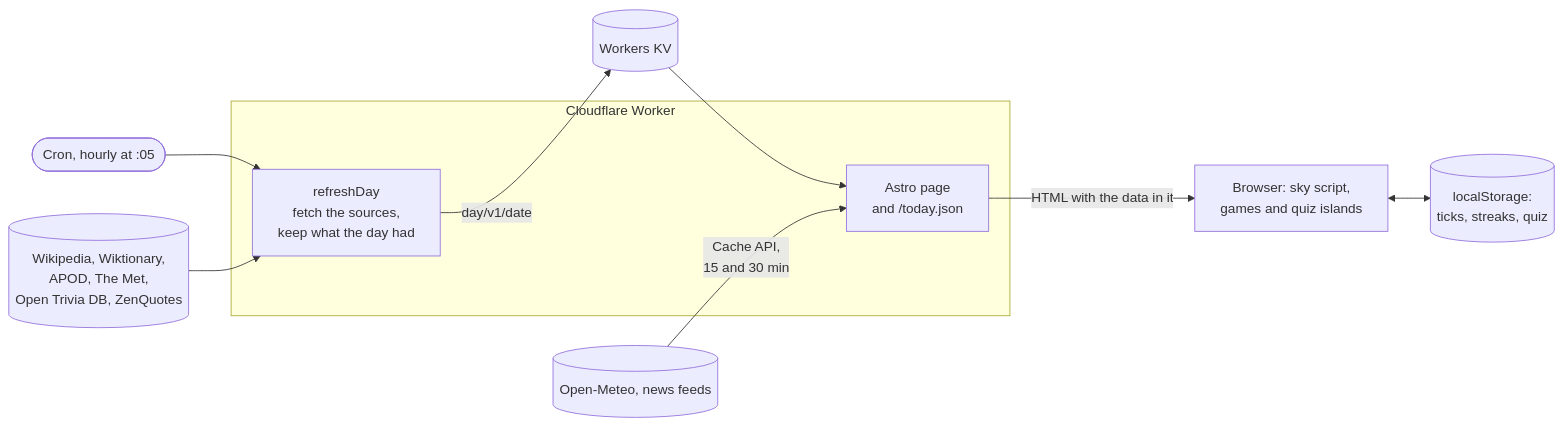
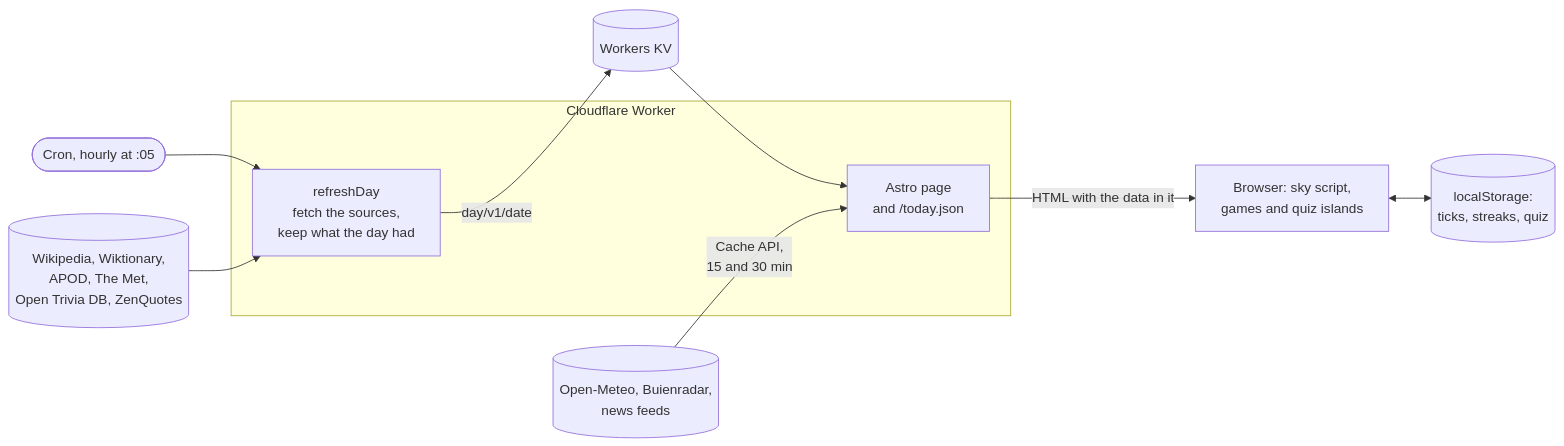
The diagram in README.md (simonvanlierde/duinlab-today), drawn with Mermaid before and after one commit. The commit also changed other lines of this file and 17 other files, not shown here.

````diff
--- a/README.md
+++ b/README.md
@@ -11,14 +11,14 @@
 ```mermaid
 flowchart LR
   cron(["Cron, hourly at :05"]) --> build
   subgraph worker["Cloudflare Worker"]
     build["refreshDay<br/>fetch the sources,<br/>keep what the day had"]
     page["Astro page<br/>and /today.json"]
   end
   sources[("Wikipedia, Wiktionary,<br/>APOD, The Met,<br/>Open Trivia DB, ZenQuotes")] --> build
   build -- "day/v1/date" --> kv[("Workers KV")]
   kv --> page
-  live[("Open-Meteo, news feeds")] -- "Cache API,<br/>15 and 30 min" --> page
+  live[("Open-Meteo, Buienradar,<br/>news feeds")] -- "Cache API,<br/>15 and 30 min" --> page
   page -- "HTML with the data in it" --> browser["Browser: sky script,<br/>games and quiz islands"]
   browser <--> ls[("localStorage:<br/>ticks, streaks, quiz")]
 ```
````
